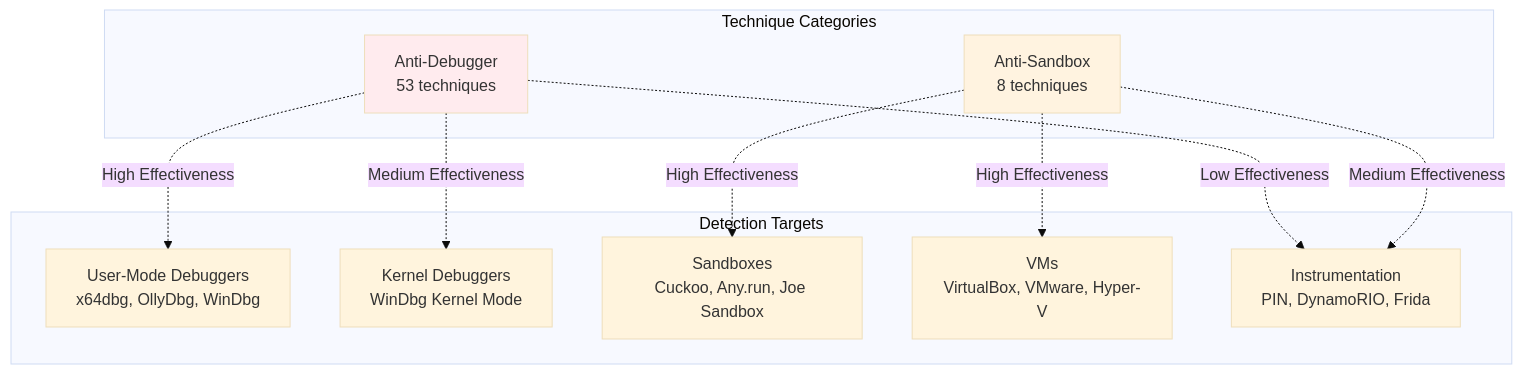
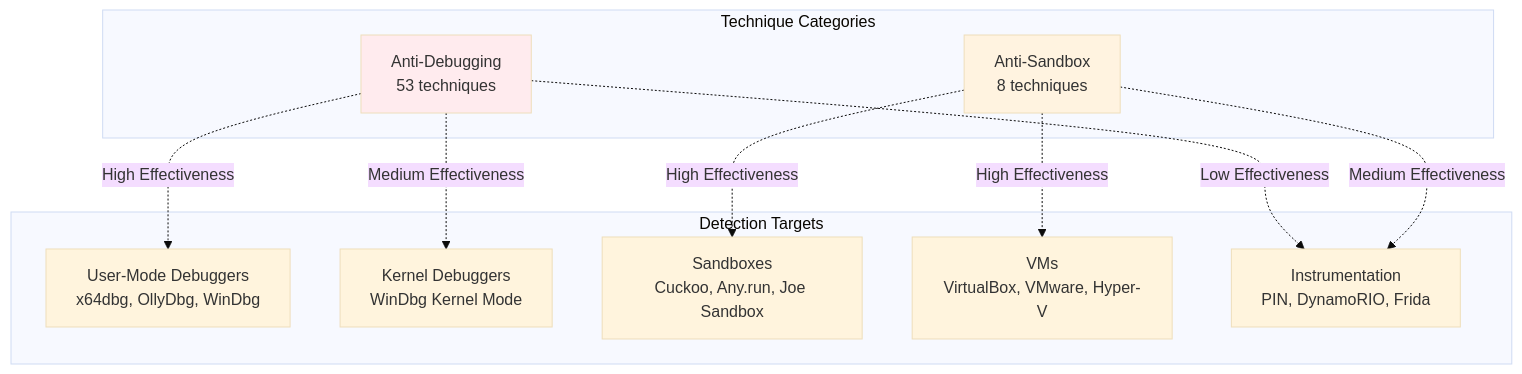
One commit to mabj/anti changed the seventh of 8 diagrams in docs/diagrams/taxonomy.md. Above: the diagram before and after it, drawn with Mermaid (base theme). The commit also changed other lines of this file and 281 other files, not shown here.

Commit message:
Renaming anti-debugger category to anti-debugging

````diff
--- a/docs/diagrams/taxonomy.md
+++ b/docs/diagrams/taxonomy.md
@@ -226,26 +226,26 @@
 ```mermaid
 graph TB
     subgraph Detection Targets
         T1[User-Mode Debuggers<br/>x64dbg, OllyDbg, WinDbg]
         T2[Kernel Debuggers<br/>WinDbg Kernel Mode]
         T3[Sandboxes<br/>Cuckoo, Any.run, Joe Sandbox]
         T4[VMs<br/>VirtualBox, VMware, Hyper-V]
         T5[Instrumentation<br/>PIN, DynamoRIO, Frida]
     end
 
     subgraph Technique Categories
-        C1[Anti-Debugger<br/>53 techniques]
+        C1[Anti-Debugging<br/>53 techniques]
         C2[Anti-Sandbox<br/>8 techniques]
     end
 
     C1 -.High Effectiveness.-> T1
     C1 -.Medium Effectiveness.-> T2
     C1 -.Low Effectiveness.-> T5
 
     C2 -.High Effectiveness.-> T3
     C2 -.High Effectiveness.-> T4
     C2 -.Medium Effectiveness.-> T5
 
     style C1 fill:#ffebee
     style C2 fill:#fff3e0
 ```
````
